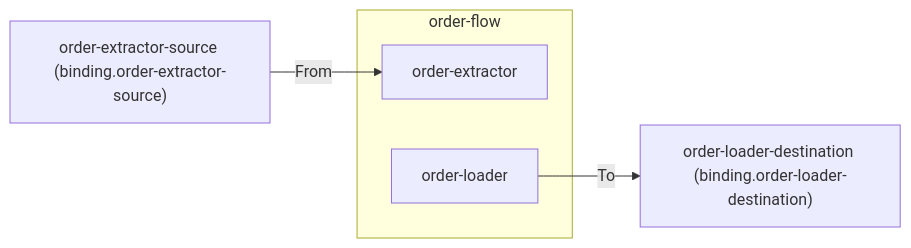
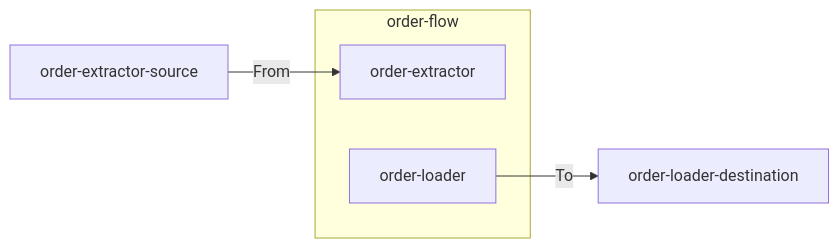
One commit to integrio-intropy/intropy-topology changed the diagram in docs/concepts/ports.md. Above: the diagram before and after it, drawn with Mermaid. The commit also changed other lines of this file and 14 other files, not shown here.

````diff
--- a/docs/concepts/ports.md
+++ b/docs/concepts/ports.md
@@ -7,9 +7,9 @@
 ```mermaid
 graph LR
     subgraph system["order-flow"]
         E["order-extractor"]
         L["order-loader"]
     end
-    C1["order-extractor-source (binding.order-extractor-source)"] -->|"From"| E
-    L -->|"To"| C2["order-loader-destination (binding.order-loader-destination)"]
+    C1["order-extractor-source"] -->|"From"| E
+    L -->|"To"| C2["order-loader-destination"]
 ```
````
